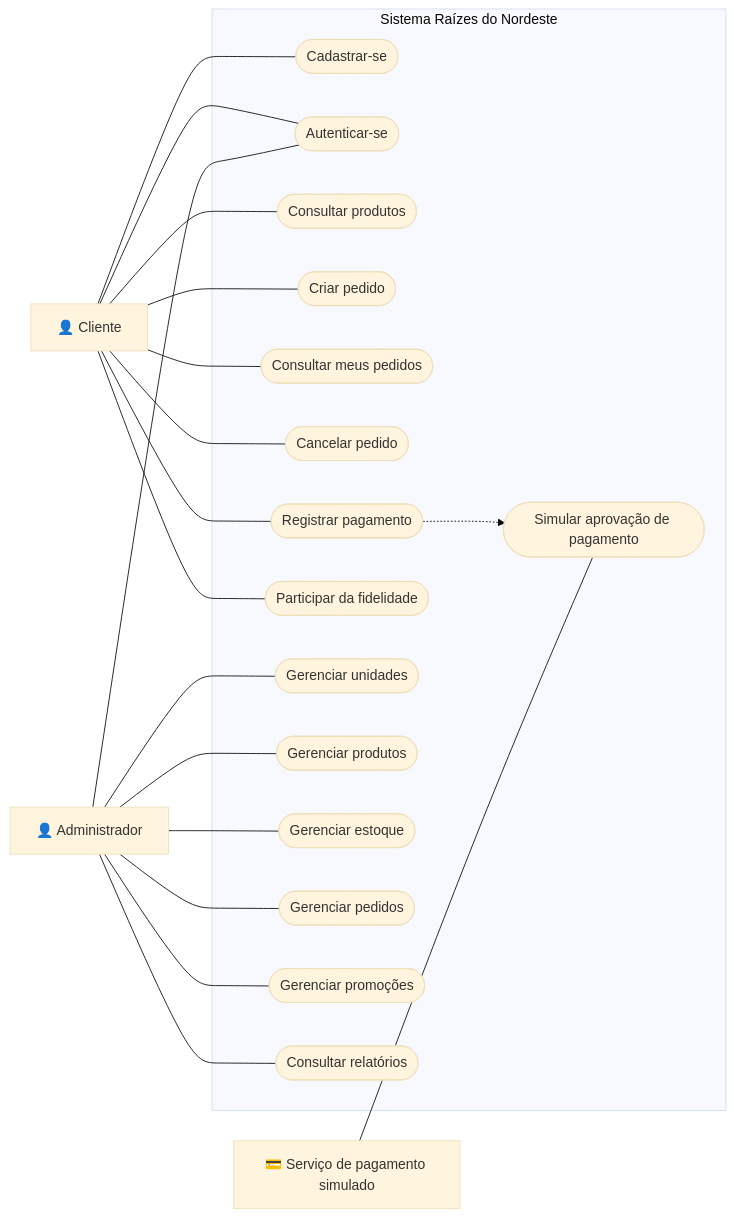
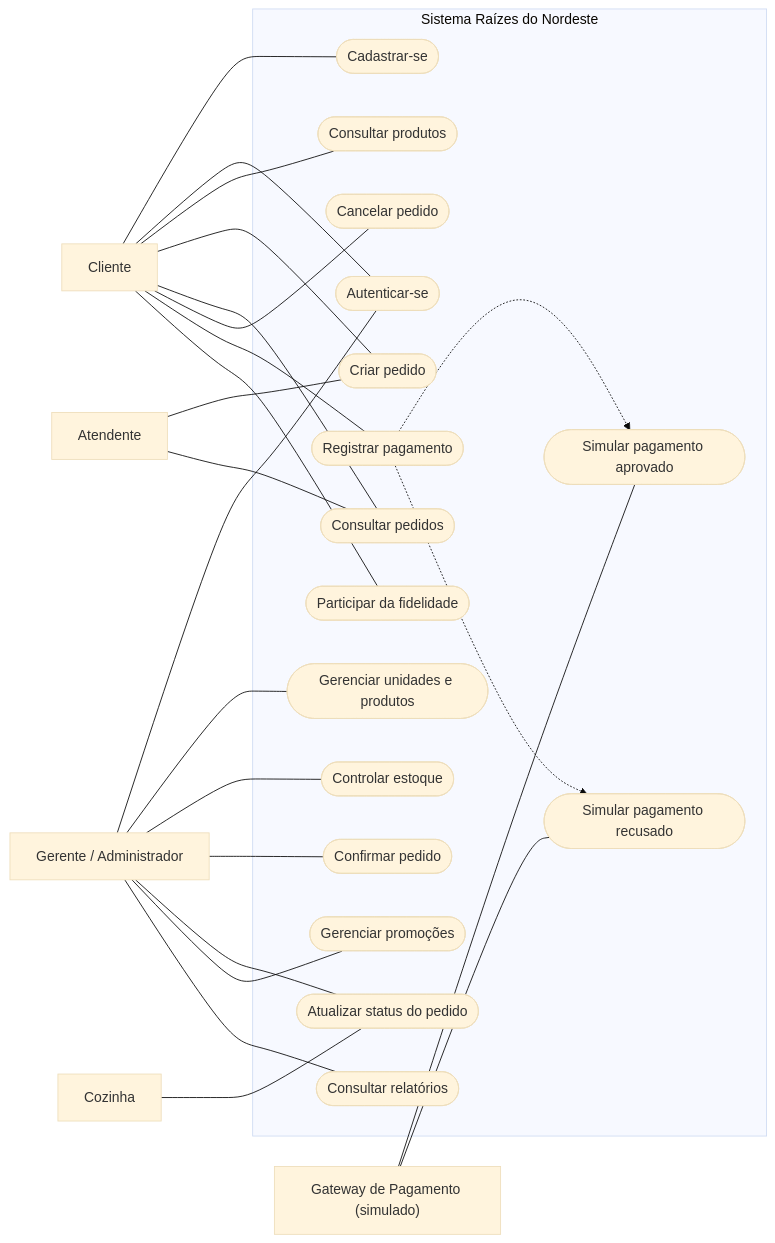
The diagram in docs/casos_de_uso.md (petersonpires/RaizesDoNordeste), drawn with Mermaid (base theme) before and after one commit. The commit also changed other lines of this file and 5 other files, not shown here.

````diff
--- a/docs/casos_de_uso.md
+++ b/docs/casos_de_uso.md
@@ -17,44 +23,55 @@
 ```mermaid
 flowchart LR
-    C["👤 Cliente"]
-    A["👤 Administrador"]
-    S["💳 Serviço de pagamento simulado"]
+    C["Cliente"]
+    AT["Atendente"]
+    CO["Cozinha"]
+    AD["Gerente / Administrador"]
+    GP["Gateway de Pagamento (simulado)"]
 
     subgraph SISTEMA["Sistema Raízes do Nordeste"]
         UC1(["Cadastrar-se"])
         UC2(["Autenticar-se"])
         UC3(["Consultar produtos"])
         UC4(["Criar pedido"])
-        UC5(["Consultar meus pedidos"])
+        UC5(["Consultar pedidos"])
         UC6(["Cancelar pedido"])
         UC7(["Registrar pagamento"])
         UC8(["Participar da fidelidade"])
-        UC9(["Gerenciar unidades"])
-        UC10(["Gerenciar produtos"])
-        UC11(["Gerenciar estoque"])
-        UC12(["Gerenciar pedidos"])
+        UC9(["Gerenciar unidades e produtos"])
+        UC10(["Controlar estoque"])
+        UC11(["Confirmar pedido"])
+        UC12(["Atualizar status do pedido"])
         UC13(["Gerenciar promoções"])
         UC14(["Consultar relatórios"])
-        UC15(["Simular aprovação de pagamento"])
+        UC15(["Simular pagamento aprovado"])
+        UC16(["Simular pagamento recusado"])
     end
 
     C --- UC1
     C --- UC2
     C --- UC3
     C --- UC4
     C --- UC5
     C --- UC6
     C --- UC7
     C --- UC8
 
-    A --- UC2
-    A --- UC9
-    A --- UC10
-    A --- UC11
-    A --- UC12
-    A --- UC13
-    A --- UC14
+    AT --- UC4
+    AT --- UC5
+
+    CO --- UC12
+
+    AD --- UC2
+    AD --- UC9
+    AD --- UC10
+    AD --- UC11
+    AD --- UC12
+    AD --- UC13
+    AD --- UC14
+
+    GP --- UC15
+    GP --- UC16
 
     UC7 -.-> UC15
-    S --- UC15
+    UC7 -.-> UC16
 ```
````
